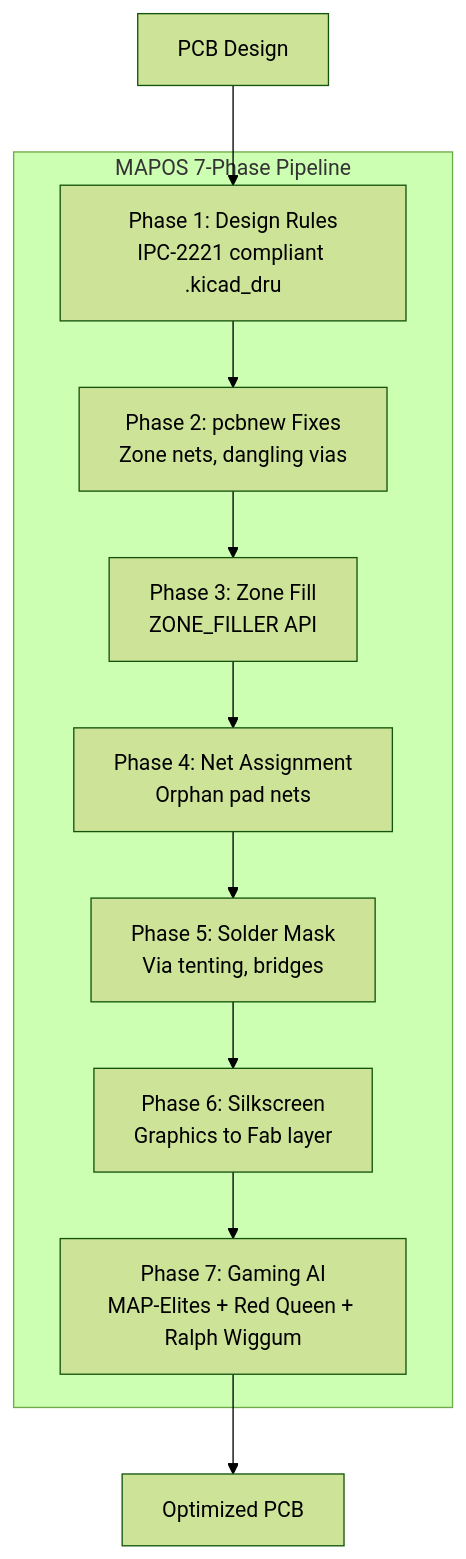
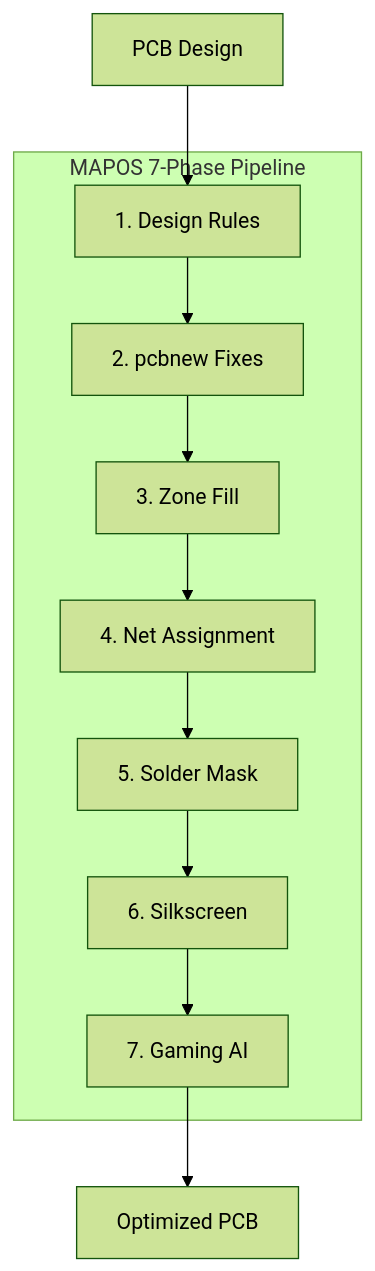
Before and after one commit to adverant/adverant-nexus-ee-design-partner: the fourth of 9 diagrams in ARCHITECTURE.md, drawn with Mermaid (forest theme). The commit also changed other lines of this file, not shown here.

First line of the commit message:
docs: fix Mermaid diagram rendering for marketplace

````diff
--- a/ARCHITECTURE.md
+++ b/ARCHITECTURE.md
@@ -175,21 +175,21 @@
 ```mermaid
 graph TD
     subgraph "MAPOS 7-Phase Pipeline"
-        Phase1[Phase 1: Design Rules<br/>IPC-2221 compliant .kicad_dru]
-        Phase2[Phase 2: pcbnew Fixes<br/>Zone nets, dangling vias]
-        Phase3[Phase 3: Zone Fill<br/>ZONE_FILLER API]
-        Phase4[Phase 4: Net Assignment<br/>Orphan pad nets]
-        Phase5[Phase 5: Solder Mask<br/>Via tenting, bridges]
-        Phase6[Phase 6: Silkscreen<br/>Graphics to Fab layer]
-        Phase7[Phase 7: Gaming AI<br/>MAP-Elites + Red Queen + Ralph Wiggum]
+        Phase1[1. Design Rules]
+        Phase2[2. pcbnew Fixes]
+        Phase3[3. Zone Fill]
+        Phase4[4. Net Assignment]
+        Phase5[5. Solder Mask]
+        Phase6[6. Silkscreen]
+        Phase7[7. Gaming AI]
     end
 
     Input[PCB Design] --> Phase1
     Phase1 --> Phase2
     Phase2 --> Phase3
     Phase3 --> Phase4
     Phase4 --> Phase5
     Phase5 --> Phase6
     Phase6 --> Phase7
     Phase7 --> Output[Optimized PCB]
 ```
````
